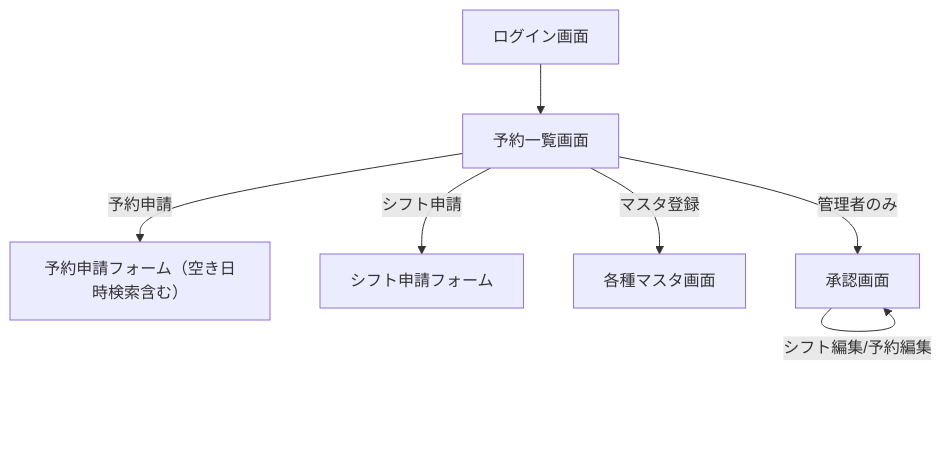
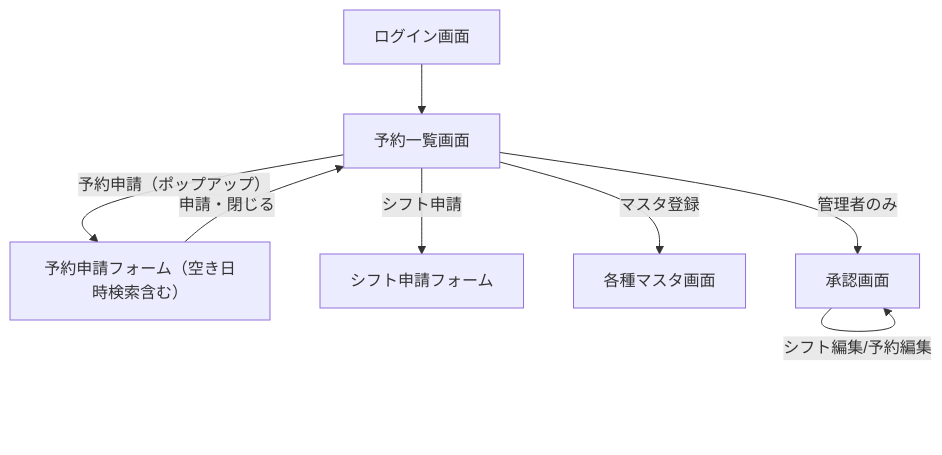
Before and after one commit to pluslub/helpstation: the diagram in docs/基本設計書.md, drawn with Mermaid. The commit also changed other lines of this file and 4 other files, not shown here.

````diff
--- a/docs/基本設計書.md
+++ b/docs/基本設計書.md
@@ -36,9 +38,10 @@
 ```mermaid
 flowchart TD
     Login[ログイン画面] --> Top[予約一覧画面]
-    Top -->|予約申請| ReservationForm[予約申請フォーム（空き日時検索含む）]
+    Top -->|予約申請（ポップアップ）| ReservationForm[予約申請フォーム（空き日時検索含む）]
+    ReservationForm -->|申請・閉じる| Top
     Top -->|シフト申請| ShiftForm[シフト申請フォーム]
     Top -->|マスタ登録| Master[各種マスタ画面]
     Top -->|管理者のみ| Approval[承認画面]
     Approval -->|シフト編集/予約編集| Approval
 ```
````
